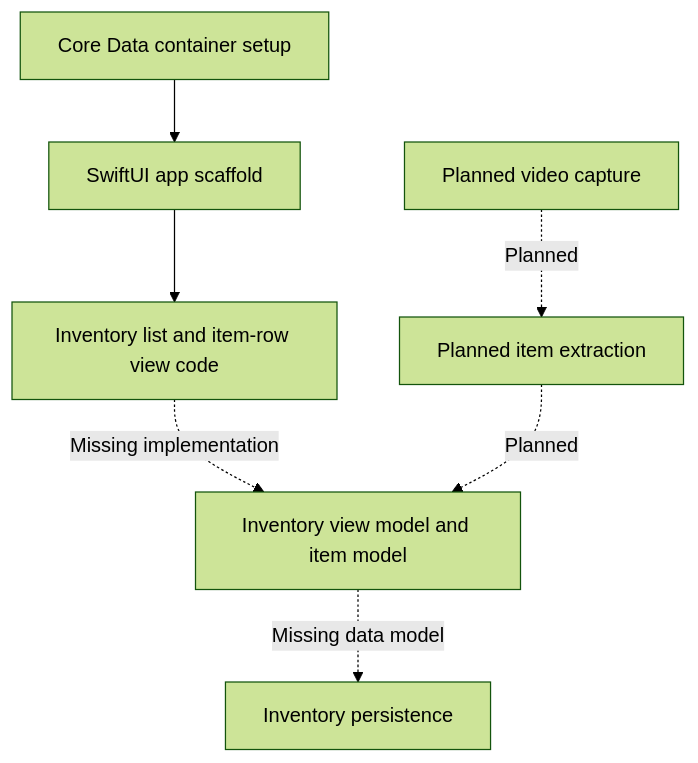
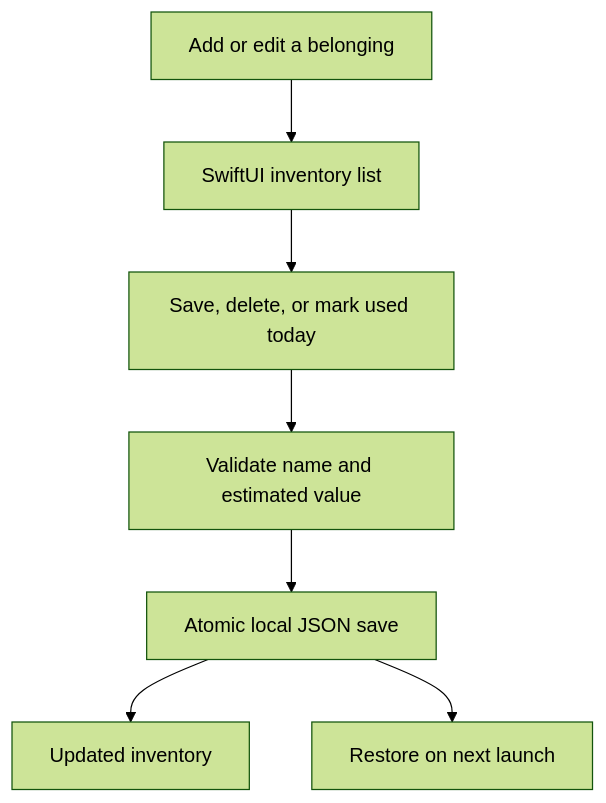
Before and after one commit to ved-sarkar/StowSight: the diagram in README.md, drawn with Mermaid (forest theme). The commit also changed other lines of this file and 12 other files, not shown here.

First line of the commit message:
Implement a small local inventory app from the original concept

````diff
--- a/README.md
+++ b/README.md
@@ -5,10 +5,9 @@
 ```mermaid
 flowchart TD
-    View[Inventory list and item-row view code]
-    App[SwiftUI app scaffold] --> View
-    Persistence[Core Data container setup] --> App
-    View -. Missing implementation .-> VM[Inventory view model and item model]
-    Camera[Planned video capture] -. Planned .-> Analysis[Planned item extraction]
-    Analysis -. Planned .-> VM
-    VM -. Missing data model .-> Store[Inventory persistence]
+    User[Add or edit a belonging] --> View[SwiftUI inventory list]
+    View --> Actions[Save, delete, or mark used today]
+    Actions --> Validate[Validate name and estimated value]
+    Validate --> File[Atomic local JSON save]
+    File --> List[Updated inventory]
+    File --> Relaunch[Restore on next launch]
 ```
````
